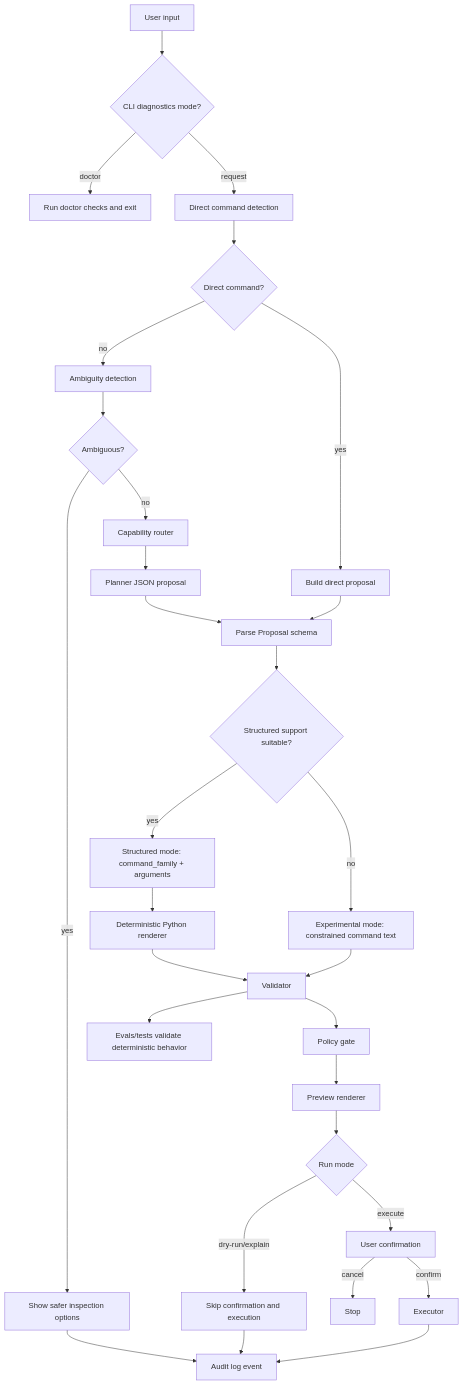
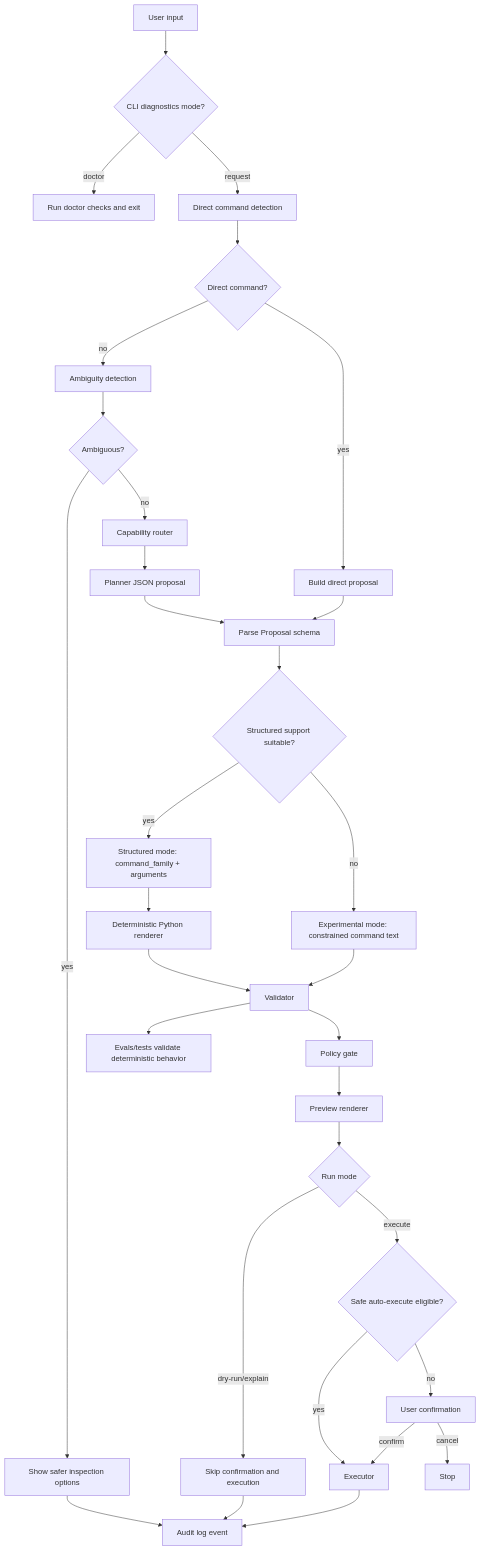
One commit to PooriaT/oterminus changed the diagram in docs/architecture/request-lifecycle.md. Above: the diagram before and after it, drawn with Mermaid. The commit also changed other lines of this file and 17 other files, not shown here.

Commit message:
Add safe auto-execute support and .env loading

````diff
--- a/docs/architecture/request-lifecycle.md
+++ b/docs/architecture/request-lifecycle.md
@@ -7,32 +7,34 @@
 ```mermaid
 flowchart TD
   A[User input] --> A1{CLI diagnostics mode?}
   A1 -->|doctor| A2[Run doctor checks and exit]
   A1 -->|request| B[Direct command detection]
   B --> C{Direct command?}
   C -->|yes| C1[Build direct proposal]
   C -->|no| D[Ambiguity detection]
   D --> E{Ambiguous?}
   E -->|yes| E1[Show safer inspection options]
   E1 --> N
   E -->|no| F[Capability router]
   F --> G[Planner JSON proposal]
   G --> P[Parse Proposal schema]
   C1 --> P
   P --> S{Structured support suitable?}
   S -->|yes| S1[Structured mode: command_family + arguments]
   S1 --> R[Deterministic Python renderer]
   S -->|no| X1[Experimental mode: constrained command text]
   R --> H[Validator]
   X1 --> H
   H --> I[Policy gate]
   I --> J[Preview renderer]
   J --> K{Run mode}
   K -->|dry-run/explain| K1[Skip confirmation and execution]
   K1 --> N[Audit log event]
-  K -->|execute| L[User confirmation]
+  K -->|execute| AE{Safe auto-execute eligible?}
+  AE -->|yes| M[Executor]
+  AE -->|no| L[User confirmation]
   L -->|cancel| L1[Stop]
   L -->|confirm| M[Executor]
   M --> N[Audit log event]
   H --> O[Evals/tests validate deterministic behavior]
 ```
````
